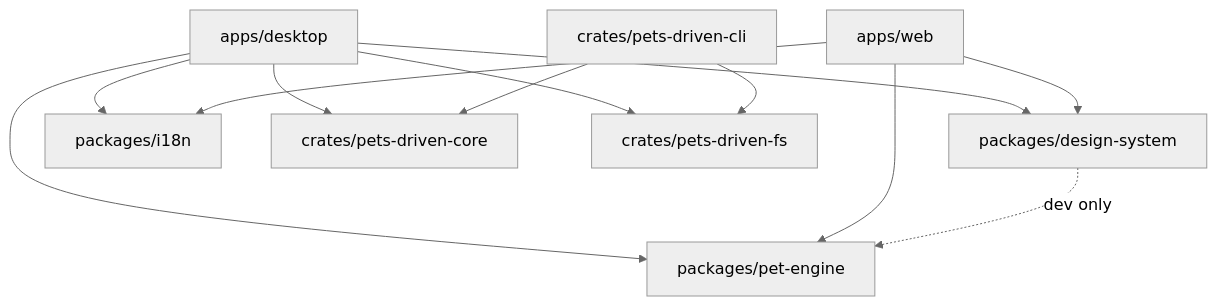
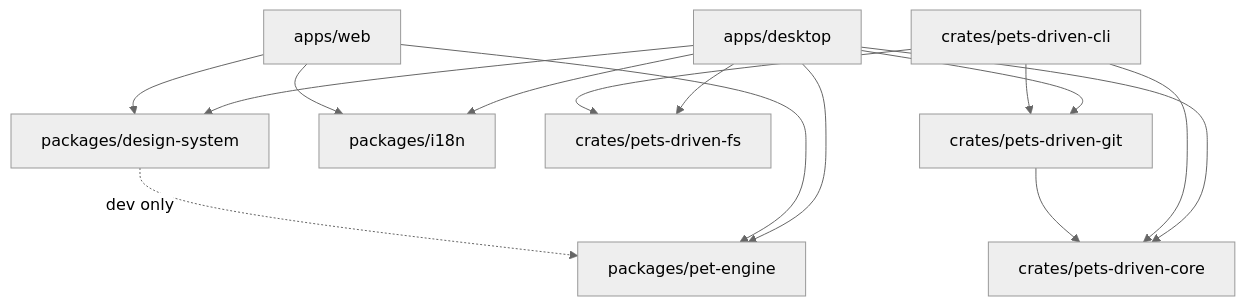
One commit to young1the/pets-driven changed the diagram in AGENTS.md. Above: the diagram before and after it, drawn with Mermaid (neutral theme). The commit also changed other lines of this file and 29 other files, not shown here.

````diff
--- a/AGENTS.md
+++ b/AGENTS.md
@@ -45,14 +46,17 @@
 ```mermaid
 graph TD
   desktop[apps/desktop] --> engine[packages/pet-engine]
   desktop --> ds[packages/design-system]
   desktop --> i18n[packages/i18n]
   desktop --> core[crates/pets-driven-core]
   desktop --> fs[crates/pets-driven-fs]
+  desktop --> git[crates/pets-driven-git]
   cli[crates/pets-driven-cli] --> core
   cli --> fs
+  cli --> git
+  git --> core
   web[apps/web] --> engine
   web --> ds
   web --> i18n
   ds -.->|dev only| engine
 ```
````
